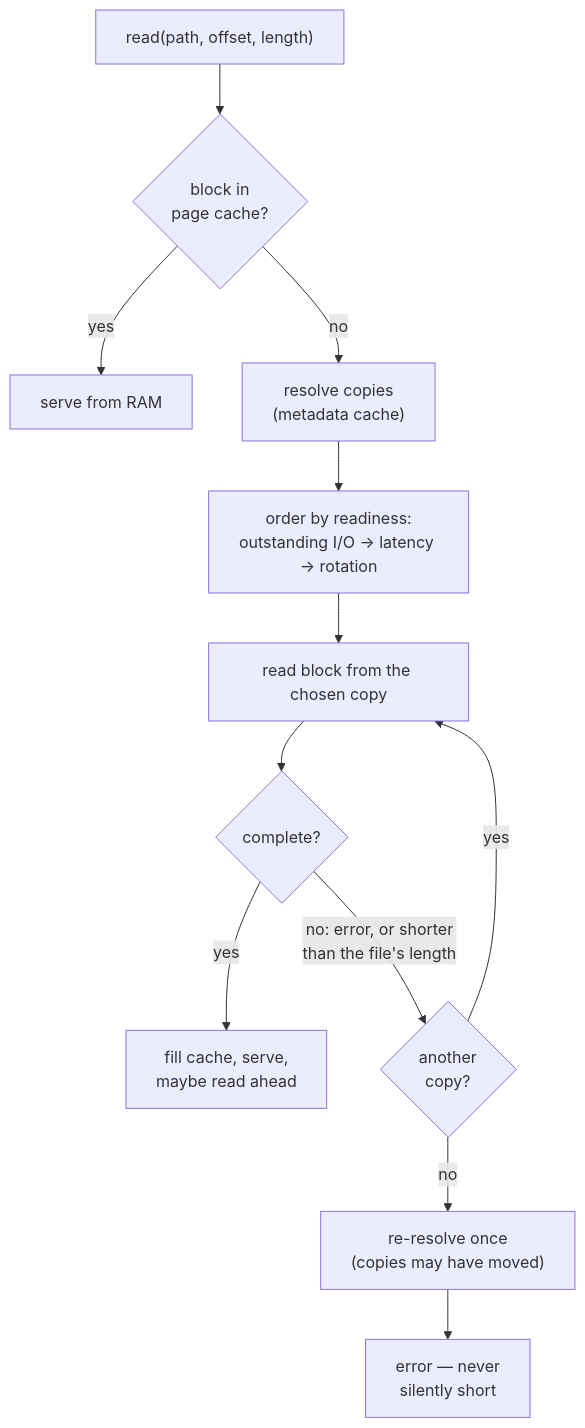
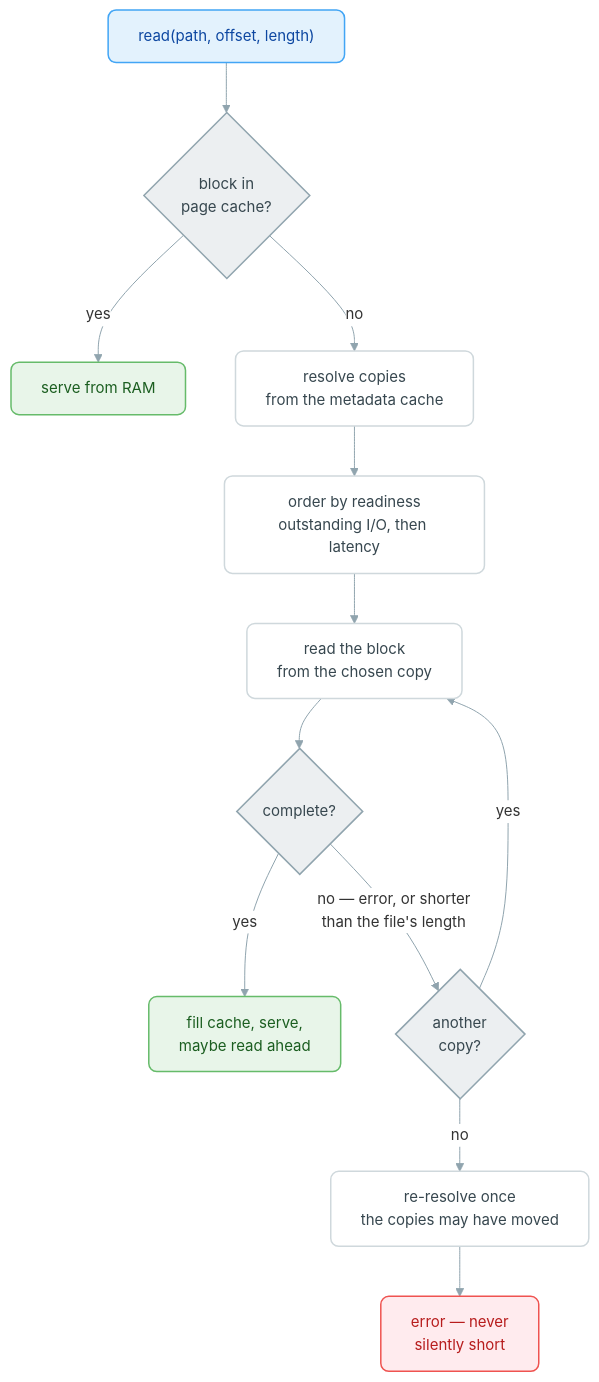
The second of 7 diagrams in README.md (Hawkynt/DriveBenderUtility), drawn with Mermaid before and after one commit. The commit also changed other lines of this file and 1 other file, not shown here.

First line of the commit message:
* the diagrams looked like 2014: Material palette, rounded cards, semantic colour (#40)

````diff
--- a/README.md
+++ b/README.md
@@ -103,14 +116,28 @@
 ```mermaid
+%%{init: {"theme":"base","themeVariables":{"fontSize":"15px","lineColor":"#90A4AE","textColor":"#37474F","clusterBkg":"#FAFAFA","clusterBorder":"#E0E0E0","edgeLabelBackground":"#FFFFFF"}}}%%
 flowchart TD
     Read["read(path, offset, length)"] --> Block{"block in<br/>page cache?"}
     Block -- yes --> Serve["serve from RAM"]
-    Block -- no --> Resolve["resolve copies<br/>(metadata cache)"]
-    Resolve --> Order["order by readiness:<br/>outstanding I/O → latency → rotation"]
-    Order --> Fetch["read block from the chosen copy"]
+    Block -- no --> Resolve["resolve copies<br/>from the metadata cache"]
+    Resolve --> Order["order by readiness<br/>outstanding I/O, then latency"]
+    Order --> Fetch["read the block<br/>from the chosen copy"]
     Fetch --> Ok{"complete?"}
     Ok -- yes --> Fill["fill cache, serve,<br/>maybe read ahead"]
-    Ok -- "no: error, or shorter<br/>than the file's length" --> Next{"another<br/>copy?"}
+    Ok -- "no — error, or shorter<br/>than the file's length" --> Next{"another<br/>copy?"}
     Next -- yes --> Fetch
-    Next -- "no" --> Requery["re-resolve once<br/>(copies may have moved)"]
+    Next -- no --> Requery["re-resolve once<br/>the copies may have moved"]
     Requery --> Fail["error — never<br/>silently short"]
+
+    classDef primary fill:#E3F2FD,stroke:#42A5F5,stroke-width:1.5px,color:#0D47A1,rx:8,ry:8
+    classDef surface fill:#FFFFFF,stroke:#CFD8DC,stroke-width:1.5px,color:#37474F,rx:8,ry:8
+    classDef store fill:#E8F5E9,stroke:#66BB6A,stroke-width:1.5px,color:#1B5E20,rx:8,ry:8
+    classDef warn fill:#FFF8E1,stroke:#FFB300,stroke-width:1.5px,color:#E65100,rx:8,ry:8
+    classDef danger fill:#FFEBEE,stroke:#EF5350,stroke-width:1.5px,color:#B71C1C,rx:8,ry:8
+    classDef accent fill:#EDE7F6,stroke:#7E57C2,stroke-width:1.5px,color:#4527A0,rx:8,ry:8
+    classDef decision fill:#ECEFF1,stroke:#90A4AE,stroke-width:1.5px,color:#37474F
+    class Read primary
+    class Serve,Fill store
+    class Resolve,Order,Fetch,Requery surface
+    class Block,Ok,Next decision
+    class Fail danger
 ```
````
